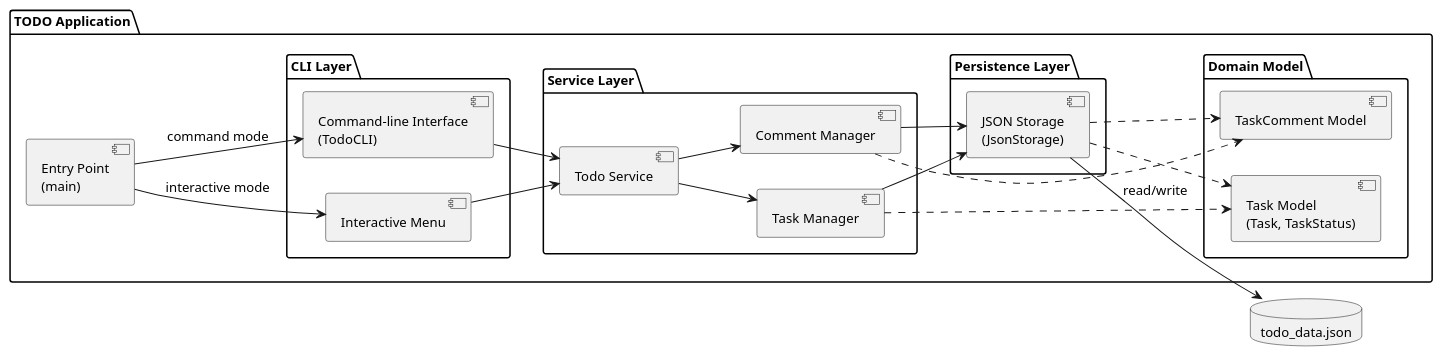
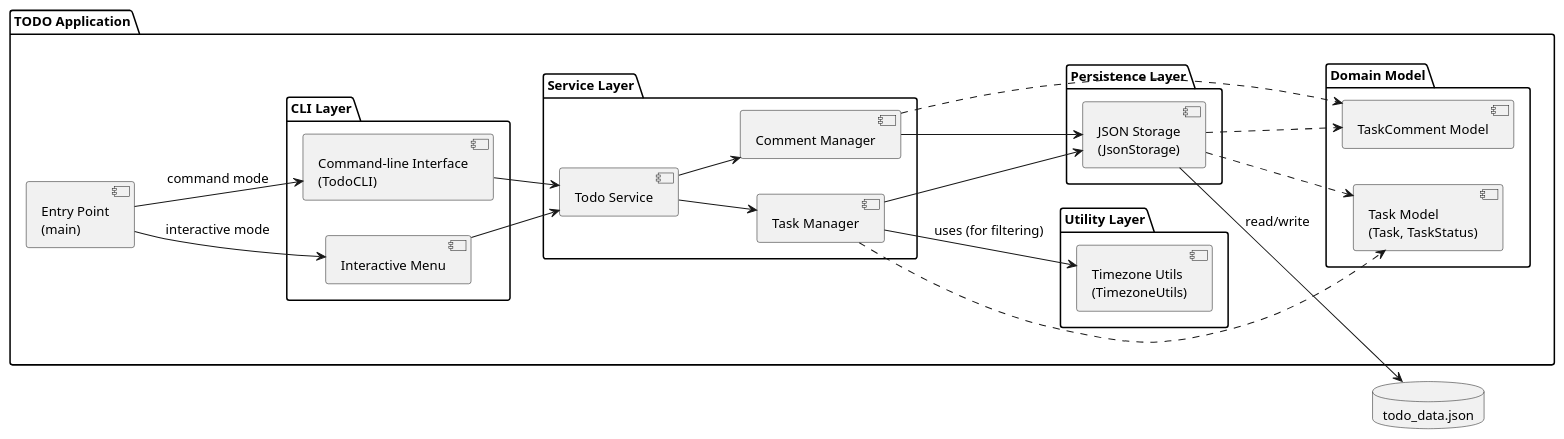
Before and after one commit to DanielRiha8906/Software_autoevolution_using_agents: the diagram in experiments/pipeline/structured_text/TODO/artifacts/component_diagram.puml, drawn with PlantUML. The commit also changed 12 other files, not shown here.

```diff
--- a/experiments/pipeline/structured_text/TODO/artifacts/component_diagram.puml
+++ b/experiments/pipeline/structured_text/TODO/artifacts/component_diagram.puml
@@ -1,52 +1,57 @@
 @startuml component_diagram
 
 skinparam componentStyle uml2
 skinparam defaultFontSize 13
 
 left to right direction
 
 package "TODO Application" {
 
     component "Entry Point\n(main)" as Main
 
     package "CLI Layer" {
         component "Interactive Menu" as IM
         component "Command-line Interface\n(TodoCLI)" as CLI
     }
 
     package "Service Layer" {
         component "Todo Service" as SVC
         component "Task Manager" as MGR
         component "Comment Manager" as CMT
     }
 
     package "Domain Model" {
         component "Task Model\n(Task, TaskStatus)" as Model
         component "TaskComment Model" as CMTModel
     }
 
     package "Persistence Layer" {
         component "JSON Storage\n(JsonStorage)" as Storage
     }
+
+    package "Utility Layer" {
+        component "Timezone Utils\n(TimezoneUtils)" as TZ
+    }
 }
 
 database "todo_data.json" as DB
 
 Main --> IM : interactive mode
 Main --> CLI : command mode
 
 IM --> SVC
 CLI --> SVC
 
 SVC --> MGR
 SVC --> CMT
 MGR --> Storage
 CMT --> Storage
+MGR --> TZ : uses (for filtering)
 MGR ..> Model
 CMT ..> CMTModel
 Storage ..> Model
 Storage ..> CMTModel
 
 Storage --> DB : read/write
 
 @enduml
```
